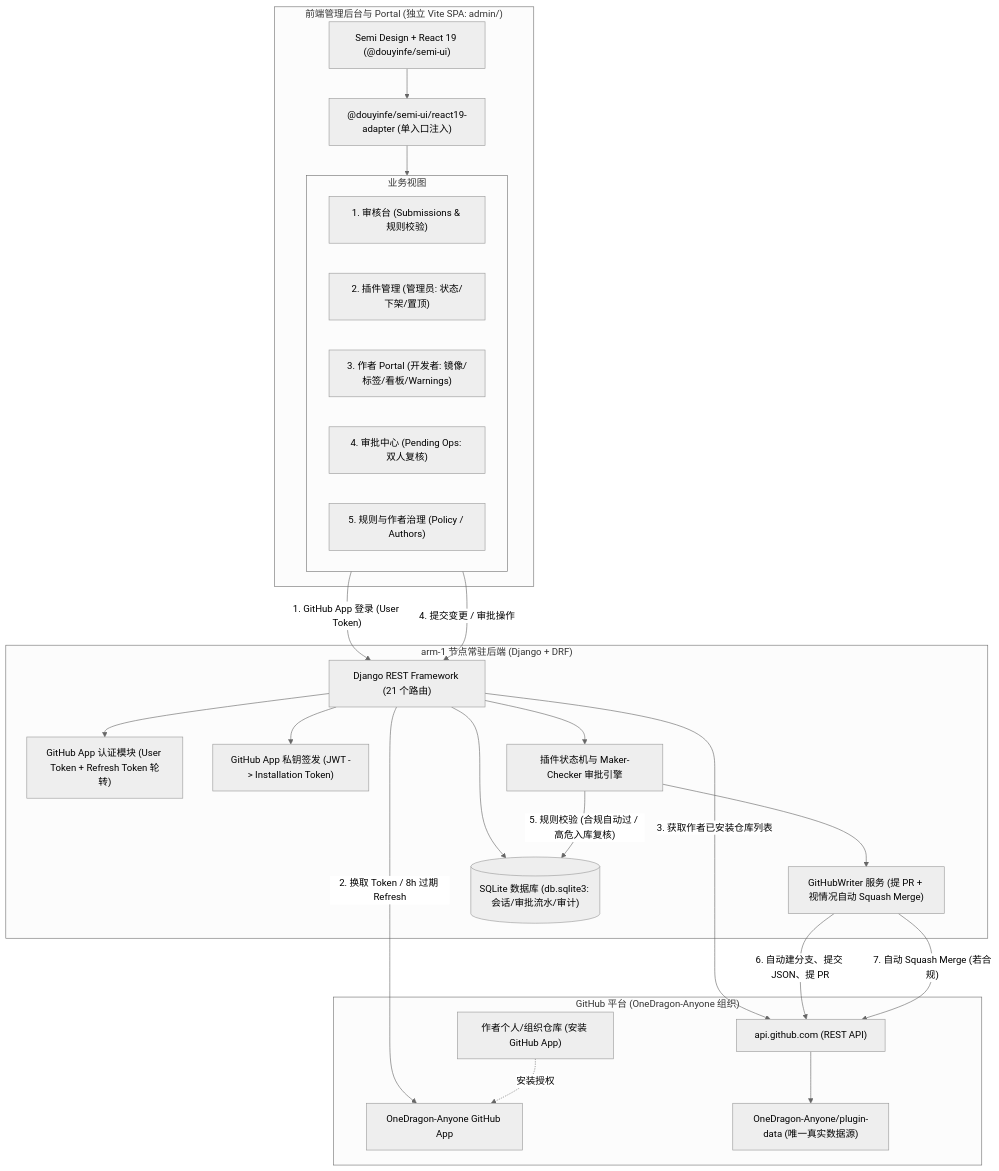
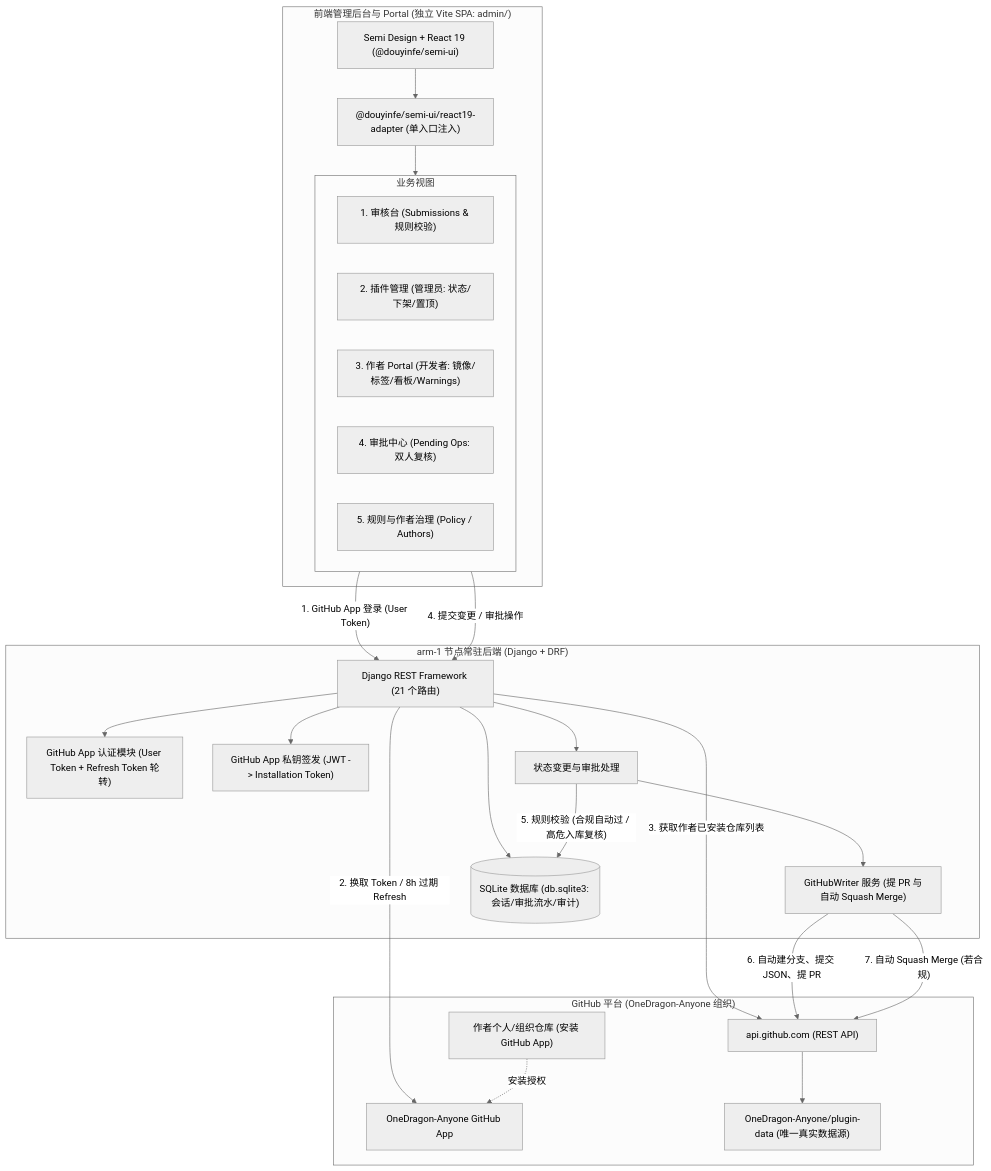
The diagram in docs/design/Z0D-3/design.md (OneDragon-Anyone/plugin-market), drawn with Mermaid (neutral theme) before and after one commit. The commit also changed other lines of this file, not shown here.

````diff
--- a/docs/design/Z0D-3/design.md
+++ b/docs/design/Z0D-3/design.md
@@ -78,48 +77,48 @@
 ```mermaid
 flowchart TD
     subgraph Client ["前端管理后台与 Portal (独立 Vite SPA: admin/)"]
         SemiUI["Semi Design + React 19 (@douyinfe/semi-ui)"]
         Adapter["@douyinfe/semi-ui/react19-adapter (单入口注入)"]
         subgraph Views ["业务视图"]
             V1["1. 审核台 (Submissions & 规则校验)"]
             V2["2. 插件管理 (管理员: 状态/下架/置顶)"]
             V3["3. 作者 Portal (开发者: 镜像/标签/看板/Warnings)"]
             V4["4. 审批中心 (Pending Ops: 双人复核)"]
             V5["5. 规则与作者治理 (Policy / Authors)"]
         end
         SemiUI --> Adapter
         Adapter --> Views
     end
 
     subgraph Backend ["arm-1 节点常驻后端 (Django + DRF)"]
         DRF["Django REST Framework (21 个路由)"]
         AppAuth["GitHub App 认证模块 (User Token + Refresh Token 轮转)"]
         AppJWT["GitHub App 私钥签发 (JWT -> Installation Token)"]
-        StateEngine["插件状态机与 Maker-Checker 审批引擎"]
-        GitWriter["GitHubWriter 服务 (提 PR + 视情况自动 Squash Merge)"]
+        StateEngine["状态变更与审批处理"]
+        GitWriter["GitHubWriter 服务 (提 PR 与自动 Squash Merge)"]
         SQLiteDB[("SQLite 数据库 (db.sqlite3: 会话/审批流水/审计)")]
 
         DRF --> AppAuth
         DRF --> AppJWT
         DRF --> StateEngine
         DRF --> SQLiteDB
         StateEngine --> GitWriter
     end
 
     subgraph GitHub ["GitHub 平台 (OneDragon-Anyone 组织)"]
         GHApp["OneDragon-Anyone GitHub App"]
         GHRest["api.github.com (REST API)"]
         DataRepo["OneDragon-Anyone/plugin-data (唯一真实数据源)"]
         AuthorRepo["作者个人/组织仓库 (安装 GitHub App)"]
     end
 
     Views -- "1. GitHub App 登录 (User Token)" --> DRF
     DRF -- "2. 换取 Token / 8h 过期 Refresh" --> GHApp
     DRF -- "3. 获取作者已安装仓库列表" --> GHRest
     AuthorRepo -. "安装授权" .-> GHApp
     Views -- "4. 提交变更 / 审批操作" --> DRF
     StateEngine -- "5. 规则校验 (合规自动过 / 高危入库复核)" --> SQLiteDB
     GitWriter -- "6. 自动建分支、提交 JSON、提 PR" --> GHRest
     GitWriter -- "7. 自动 Squash Merge (若合规)" --> GHRest
     GHRest --> DataRepo
 ```
````
